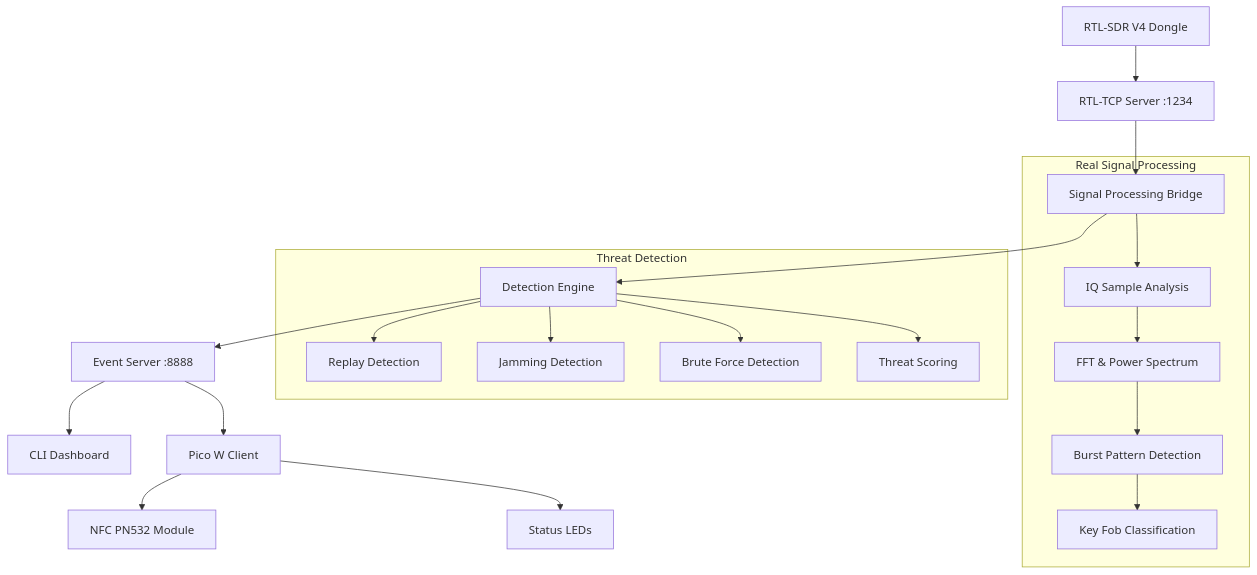
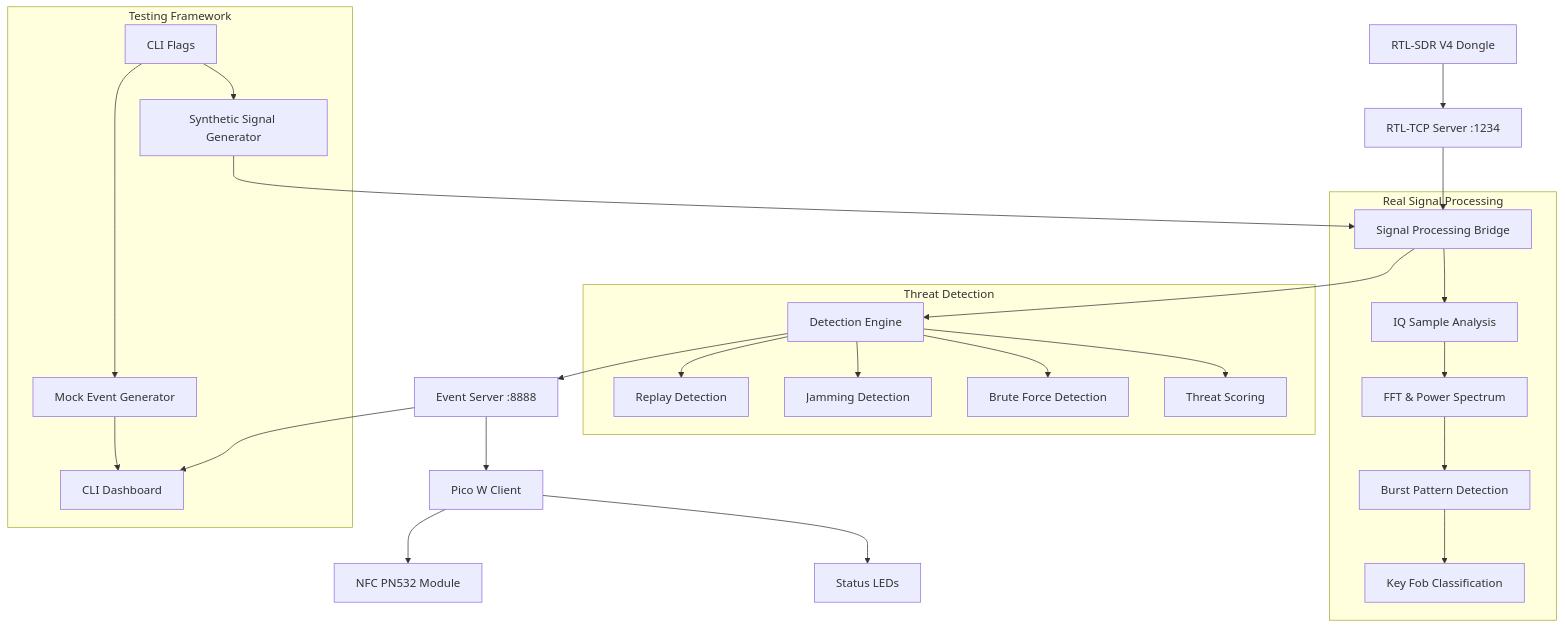
One commit to jondmarien/automotive-security-capstone changed the first of 2 diagrams in .kiro/specs/rtl-sdr-nfc-integration/design.md. Above: the diagram before and after it, drawn with Mermaid. The commit also changed other lines of this file and 7 other files, not shown here.

First line of the commit message:
feat(events): implemented synthetic events generator, from "real" key fobs for better data categorization.

````diff
--- a/.kiro/specs/rtl-sdr-nfc-integration/design.md
+++ b/.kiro/specs/rtl-sdr-nfc-integration/design.md
@@ -11,25 +11,32 @@
 ```mermaid
 graph TB
     A[RTL-SDR V4 Dongle] --> B[RTL-TCP Server :1234]
     B --> C[Signal Processing Bridge]
     C --> D[Detection Engine]
     D --> E[Event Server :8888]
     E --> F[CLI Dashboard]
     E --> G[Pico W Client]
     G --> H[NFC PN532 Module]
     G --> I[Status LEDs]
     
     subgraph "Real Signal Processing"
         C --> J[IQ Sample Analysis]
         J --> K[FFT & Power Spectrum]
         K --> L[Burst Pattern Detection]
         L --> M[Key Fob Classification]
     end
     
     subgraph "Threat Detection"
         D --> N[Replay Detection]
         D --> O[Jamming Detection]  
         D --> P[Brute Force Detection]
         D --> Q[Threat Scoring]
     end
+    
+    subgraph "Testing Framework"
+        R[Mock Event Generator] --> F
+        S[Synthetic Signal Generator] --> C
+        T[CLI Flags] --> R
+        T --> S
+    end
 ```
````
